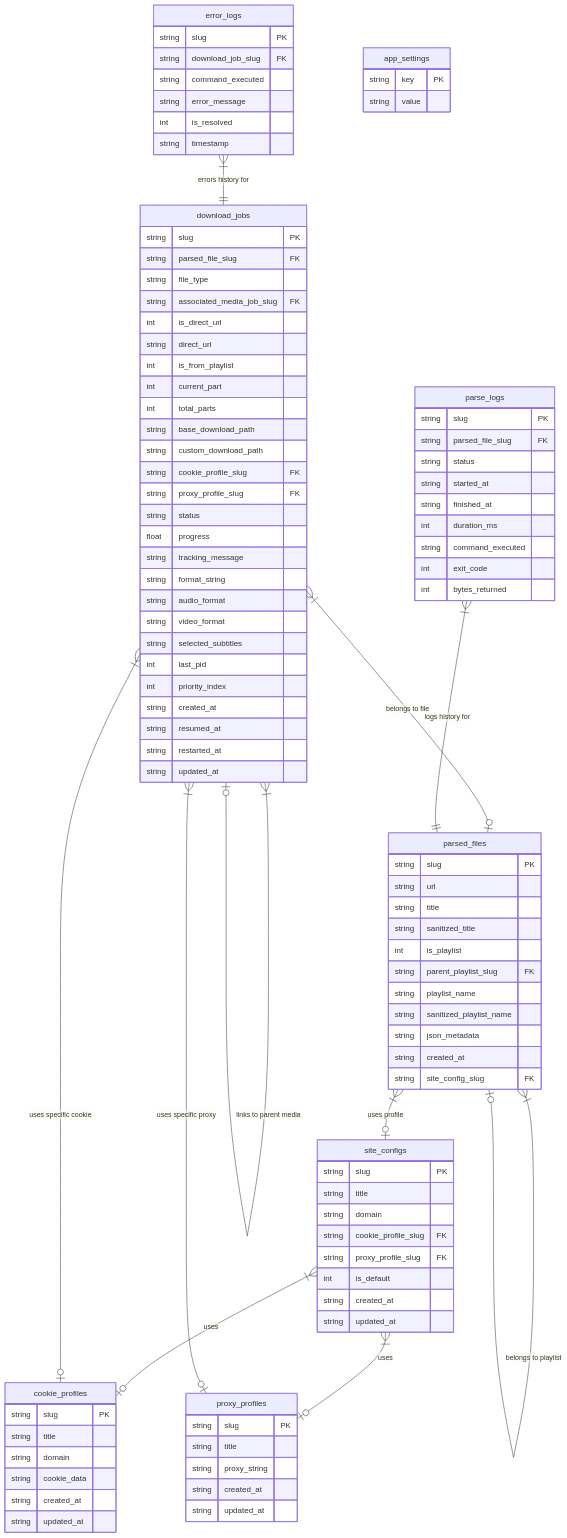
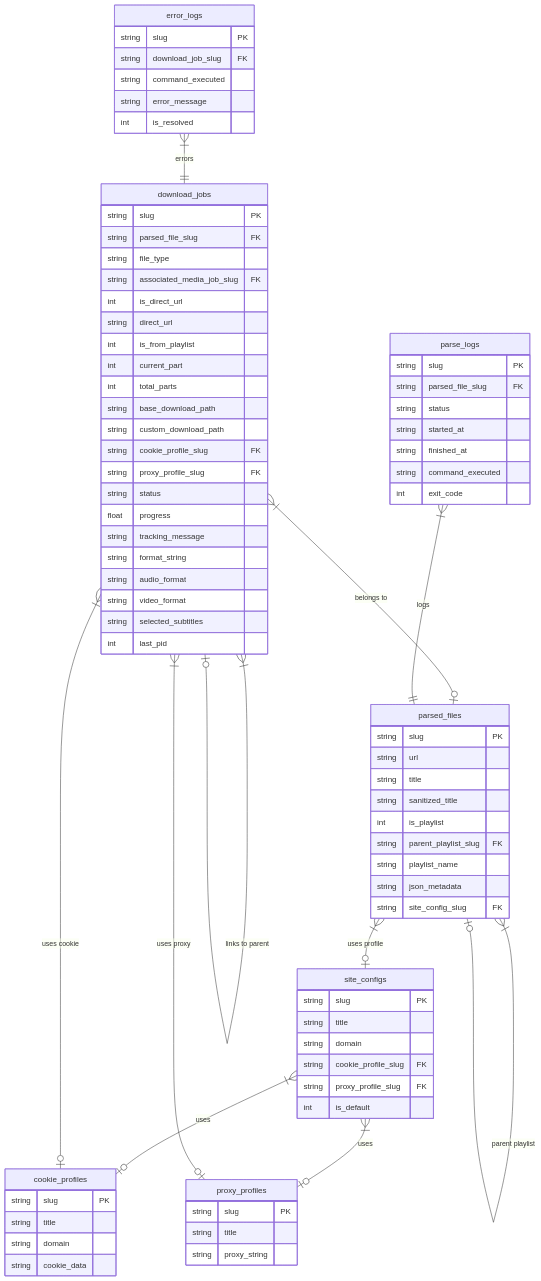
The second of 2 diagrams in README.md (AhmedTrooper/Synclime), drawn with Mermaid before and after one commit. The commit also changed other lines of this file, not shown here.

````diff
--- a/README.md
+++ b/README.md
@@ -24,15 +68,11 @@
         string title
         string domain
         string cookie_data
-        string created_at
-        string updated_at
     }
     proxy_profiles {
         string slug PK
         string title
         string proxy_string
-        string created_at
-        string updated_at
     }
     site_configs {
         string slug PK
@@ -41,8 +81,6 @@
         string cookie_profile_slug FK
         string proxy_profile_slug FK
         int is_default
-        string created_at
-        string updated_at
     }
     parsed_files {
         string slug PK
@@ -52,9 +90,7 @@
         int is_playlist
         string parent_playlist_slug FK
         string playlist_name
-        string sanitized_playlist_name
         string json_metadata
-        string created_at
         string site_config_slug FK
     }
     download_jobs {
@@ -79,11 +115,6 @@
         string video_format
         string selected_subtitles
         int last_pid
-        int priority_index
-        string created_at
-        string resumed_at
-        string restarted_at
-        string updated_at
     }
     parse_logs {
         string slug PK
@@ -91,10 +122,8 @@
         string status
         string started_at
         string finished_at
-        int duration_ms
         string command_executed
         int exit_code
-        int bytes_returned
     }
     error_logs {
         string slug PK
@@ -102,21 +131,16 @@
         string command_executed
         string error_message
         int is_resolved
-        string timestamp
-    }
-    app_settings {
-        string key PK
-        string value
     }
 
     site_configs }|--o| cookie_profiles : "uses"
     site_configs }|--o| proxy_profiles : "uses"
     parsed_files }|--o| site_configs : "uses profile"
-    parsed_files }|--o| parsed_files : "belongs to playlist"
-    download_jobs }|--o| parsed_files : "belongs to file"
-    download_jobs }|--o| download_jobs : "links to parent media"
-    download_jobs }|--o| cookie_profiles : "uses specific cookie"
-    download_jobs }|--o| proxy_profiles : "uses specific proxy"
-    parse_logs }|--|| parsed_files : "logs history for"
-    error_logs }|--|| download_jobs : "errors history for"
+    parsed_files }|--o| parsed_files : "parent playlist"
+    download_jobs }|--o| parsed_files : "belongs to"
+    download_jobs }|--o| download_jobs : "links to parent"
+    download_jobs }|--o| cookie_profiles : "uses cookie"
+    download_jobs }|--o| proxy_profiles : "uses proxy"
+    parse_logs }|--|| parsed_files : "logs"
+    error_logs }|--|| download_jobs : "errors"
 ```
````
